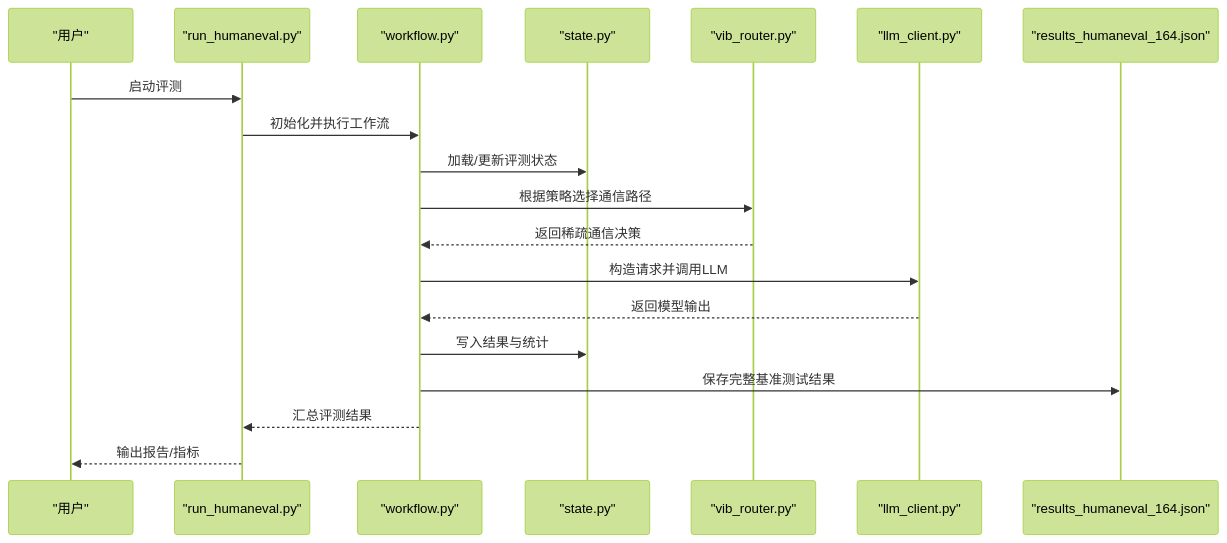
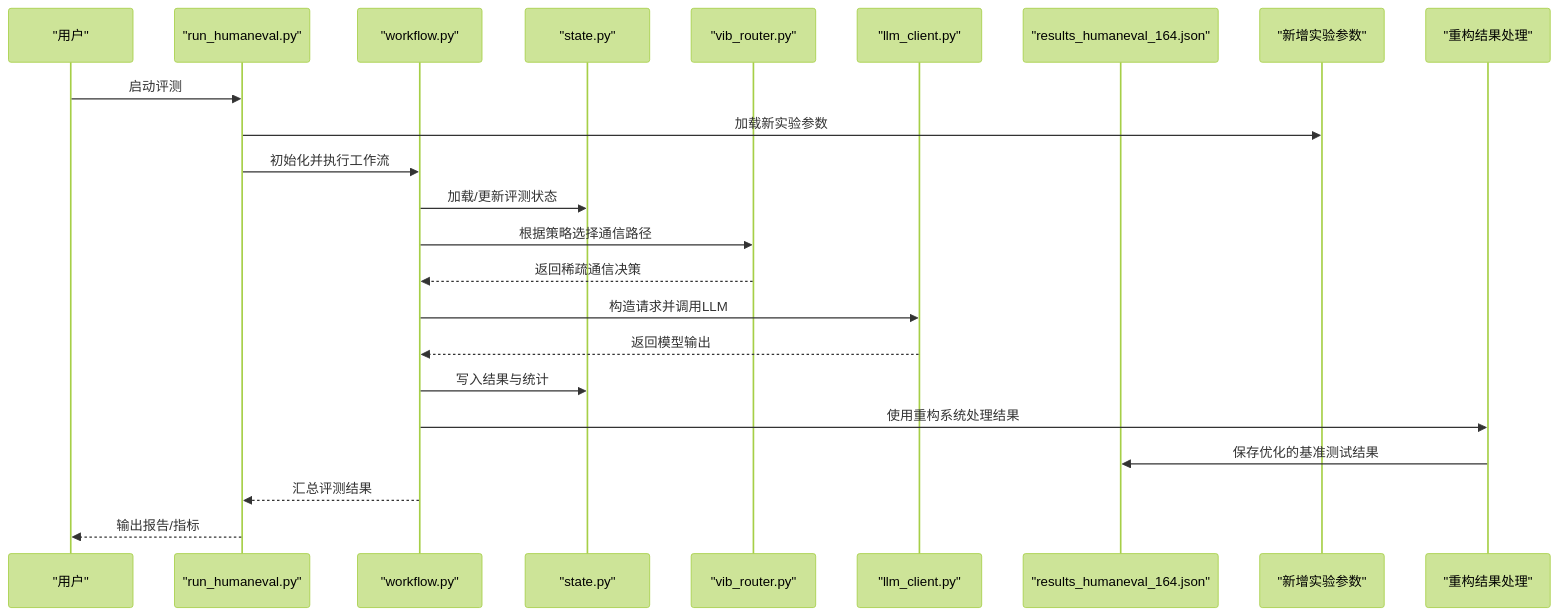
One commit to QuStarry/VIB-SparseCommunication changed the second of 9 diagrams in .qoder/repowiki/zh/content/核心架构/实验框架/HumanEval基准测试.md. Above: the diagram before and after it, drawn with Mermaid (forest theme). The commit also changed other lines of this file and 31 other files, not shown here.

````diff
--- a/.qoder/repowiki/zh/content/核心架构/实验框架/HumanEval基准测试.md
+++ b/.qoder/repowiki/zh/content/核心架构/实验框架/HumanEval基准测试.md
@@ -91,21 +95,25 @@
 ```mermaid
 sequenceDiagram
 participant User as "用户"
 participant Runner as "run_humaneval.py"
 participant WF as "workflow.py"
 participant State as "state.py"
 participant Router as "vib_router.py"
 participant Client as "llm_client.py"
 participant Results as "results_humaneval_164.json"
+participant NewParams as "新增实验参数"
+participant NewResults as "重构结果处理"
 User->>Runner : 启动评测
+Runner->>NewParams : 加载新实验参数
 Runner->>WF : 初始化并执行工作流
 WF->>State : 加载/更新评测状态
 WF->>Router : 根据策略选择通信路径
 Router-->>WF : 返回稀疏通信决策
 WF->>Client : 构造请求并调用LLM
 Client-->>WF : 返回模型输出
 WF->>State : 写入结果与统计
-WF->>Results : 保存完整基准测试结果
+WF->>NewResults : 使用重构系统处理结果
+NewResults->>Results : 保存优化的基准测试结果
 WF-->>Runner : 汇总评测结果
 Runner-->>User : 输出报告/指标
 ```
````
